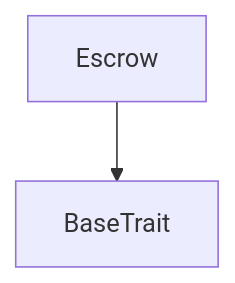
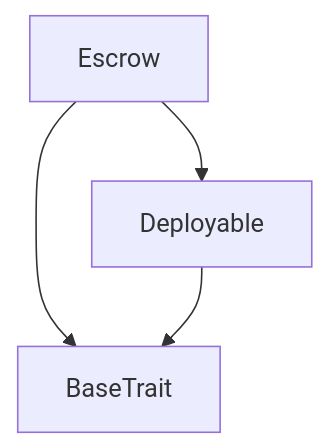
Before and after one commit to okoloboga/backgammon: the first of 2 diagrams in blockchain/build/Escrow/Escrow_Escrow.md, drawn with Mermaid. The commit also changed other lines of this file and 60 other files, not shown here.

````diff
--- a/blockchain/build/Escrow/Escrow_Escrow.md
+++ b/blockchain/build/Escrow/Escrow_Escrow.md
@@ -160,5 +160,7 @@
 ```mermaid
 graph TD
 Escrow
 Escrow --> BaseTrait
+Escrow --> Deployable
+Deployable --> BaseTrait
 ```
````
